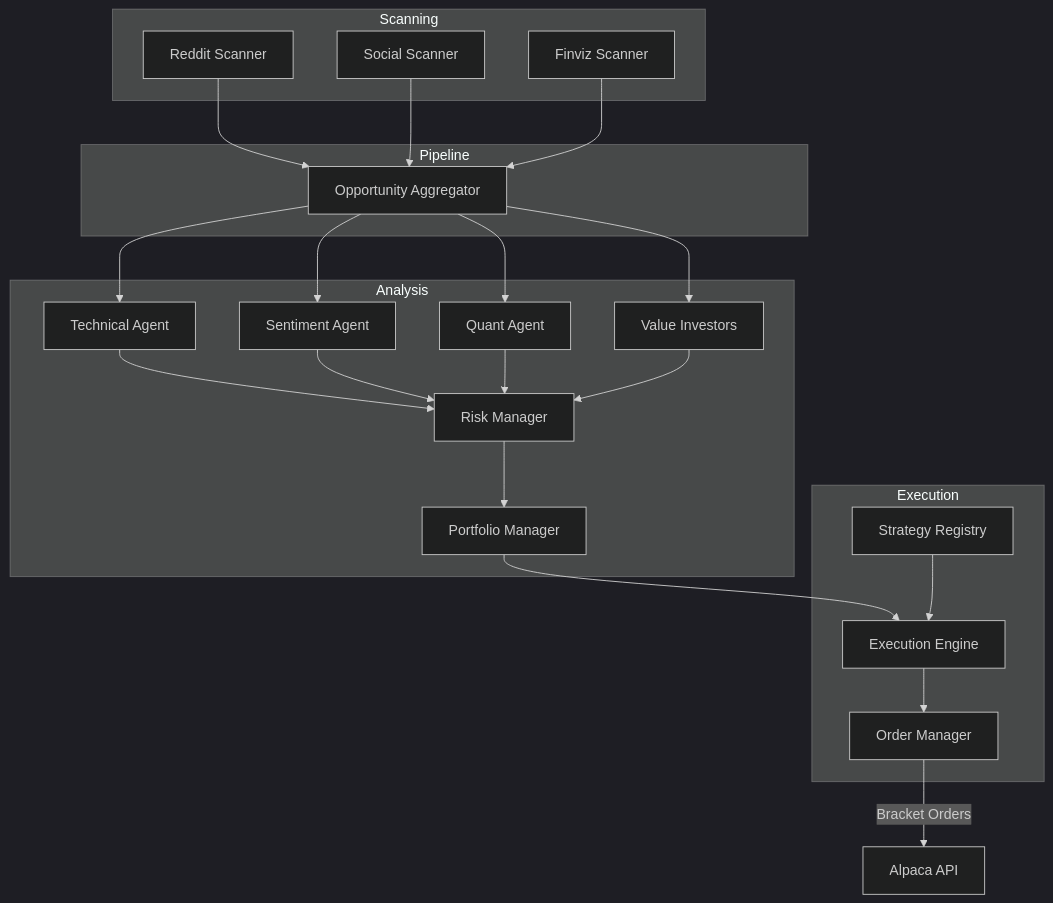
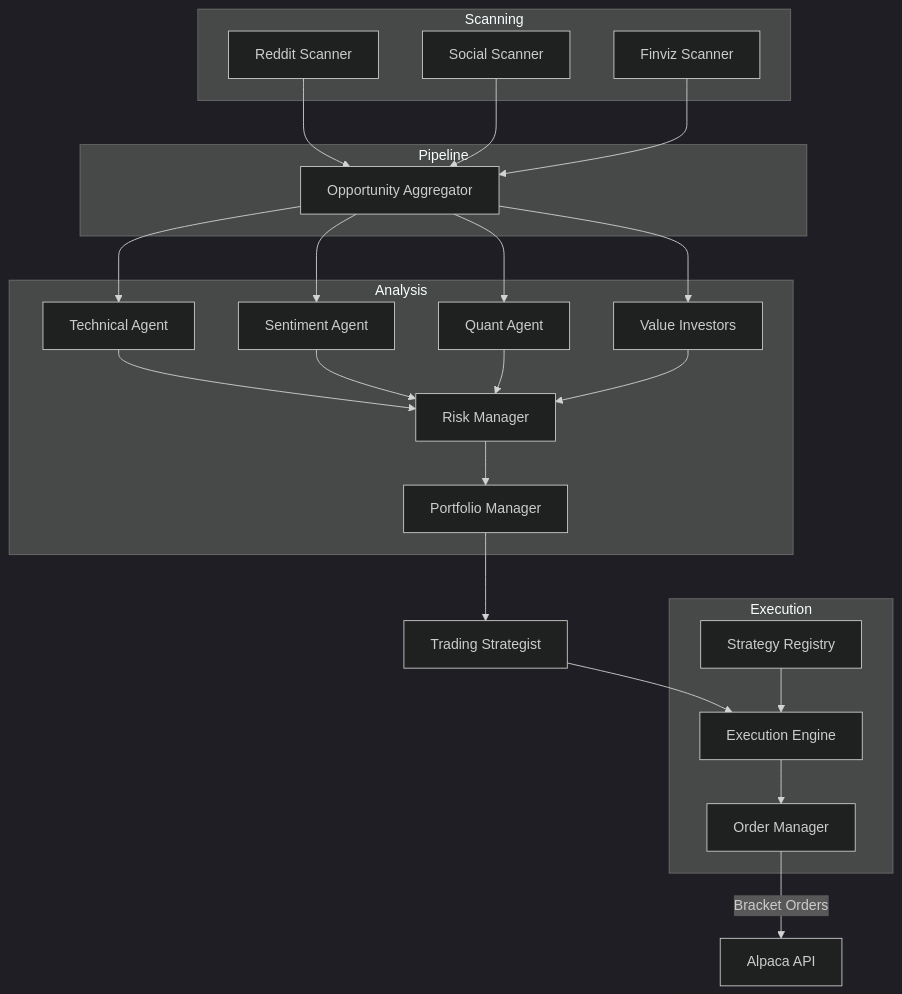
Before and after one commit to kimrejstrom/alpacalyzer-algo-trader: the diagram in README.md, drawn with Mermaid (dark theme). The commit also changed other lines of this file and 20 other files, not shown here.

````diff
--- a/README.md
+++ b/README.md
@@ -47,48 +47,49 @@
 ```mermaid
 flowchart TB
   subgraph Scanning
     reddit[Reddit Scanner]
     social[Social Scanner]
     finviz[Finviz Scanner]
   end
 
   subgraph Pipeline
     agg[Opportunity Aggregator]
   end
 
   subgraph Analysis
     ta[Technical Agent]
     sentiment[Sentiment Agent]
     quant[Quant Agent]
     value[Value Investors]
     rm[Risk Manager]
     pm[Portfolio Manager]
   end
 
   subgraph Execution
     engine[Execution Engine]
     strategy[Strategy Registry]
     orders[Order Manager]
   end
 
   reddit --> agg
   social --> agg
   finviz --> agg
 
   agg --> ta
   agg --> sentiment
   agg --> quant
   agg --> value
 
   ta --> rm
   sentiment --> rm
   quant --> rm
   value --> rm
 
   rm --> pm
-  pm --> engine
+  pm --> ts[Trading Strategist]
 
+  ts --> engine
   strategy --> engine
   engine --> orders
   orders -->|Bracket Orders| alpaca[Alpaca API]
 ```
````
